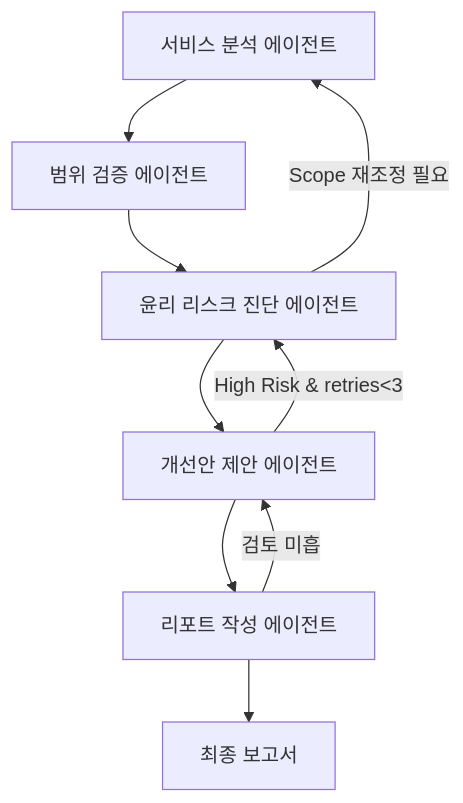
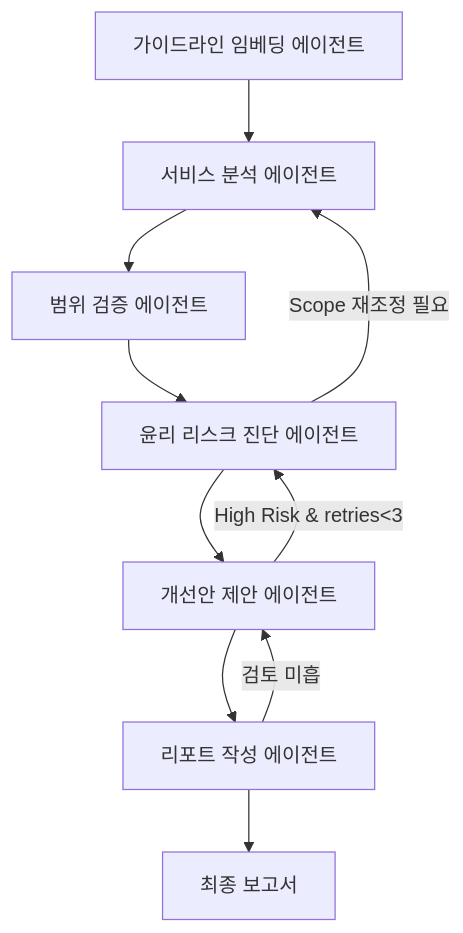
One commit to Haeng57/mini_project_genAI changed the diagram in README.md. Above: the diagram before and after it, drawn with Mermaid. The commit also changed other lines of this file and 33 other files, not shown here.

Commit message:
vector_store 폴더 gitignore에 추가 및 국제 가이드라인 PDF 데이터 추출 및 사전 임베딩 추가 + 코드 기초 완성

````diff
--- a/README.md
+++ b/README.md
@@ -76,17 +87,18 @@
 ```mermaid
 flowchart TD
+    G[가이드라인 임베딩 에이전트] --> A[서비스 분석 에이전트]
     A[서비스 분석 에이전트] --> B[범위 검증 에이전트]
     B --> C[윤리 리스크 진단 에이전트]
     C --> D[개선안 제안 에이전트]
     D --> E[리포트 작성 에이전트]
     E --> F[최종 보고서]
 
     %% 루프 1: 개선안 → 재진단 (High Risk 존재 & max_retries=3)
     D -- "High Risk & retries<3" --> C
     
     %% 루프 2: 보고서 보완 → 개선안 (검토 미흡 시)
     E -- "검토 미흡" --> D
     
     %% 루프 3: 진단 범위 재설정 → 서비스 분석 (Scope 부적절 시)
     C -- "Scope 재조정 필요" --> A
 ```
````
